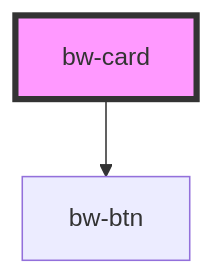
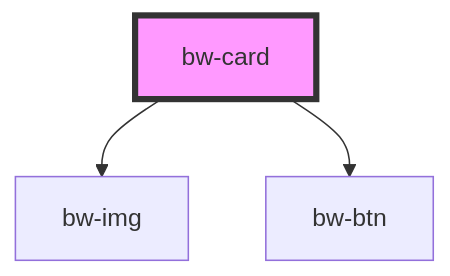
Before and after one commit to pukhraj1999/blackwall: the diagram in src/components/bw-card/readme.md, drawn with Mermaid. The commit also changed other lines of this file and 76 other files, not shown here.

````diff
--- a/src/components/bw-card/readme.md
+++ b/src/components/bw-card/readme.md
@@ -31,5 +41,6 @@
 ```mermaid
 graph TD;
+  bw-card --> bw-img
   bw-card --> bw-btn
   style bw-card fill:#f9f,stroke:#333,stroke-width:4px
 ```
````
